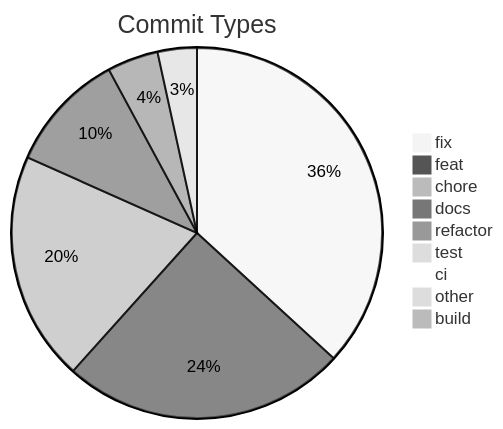
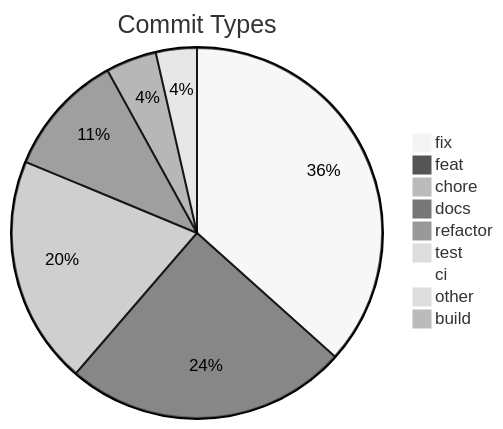
The diagram in .shipwright/compliance/change-history.md (svenroth-ai/shipwright-webui), drawn with Mermaid (neutral theme) before and after one commit. The commit also changed other lines of this file and 19 other files, not shown here.

````diff
--- a/.shipwright/compliance/change-history.md
+++ b/.shipwright/compliance/change-history.md
@@ -8,12 +8,12 @@
 ```mermaid
 pie title Commit Types
     "fix" : 215
     "feat" : 145
     "chore" : 117
-    "docs" : 61
+    "docs" : 63
     "refactor" : 26
-    "test" : 20
+    "test" : 21
     "ci" : 5
     "other" : 4
     "build" : 1
 ```
````
